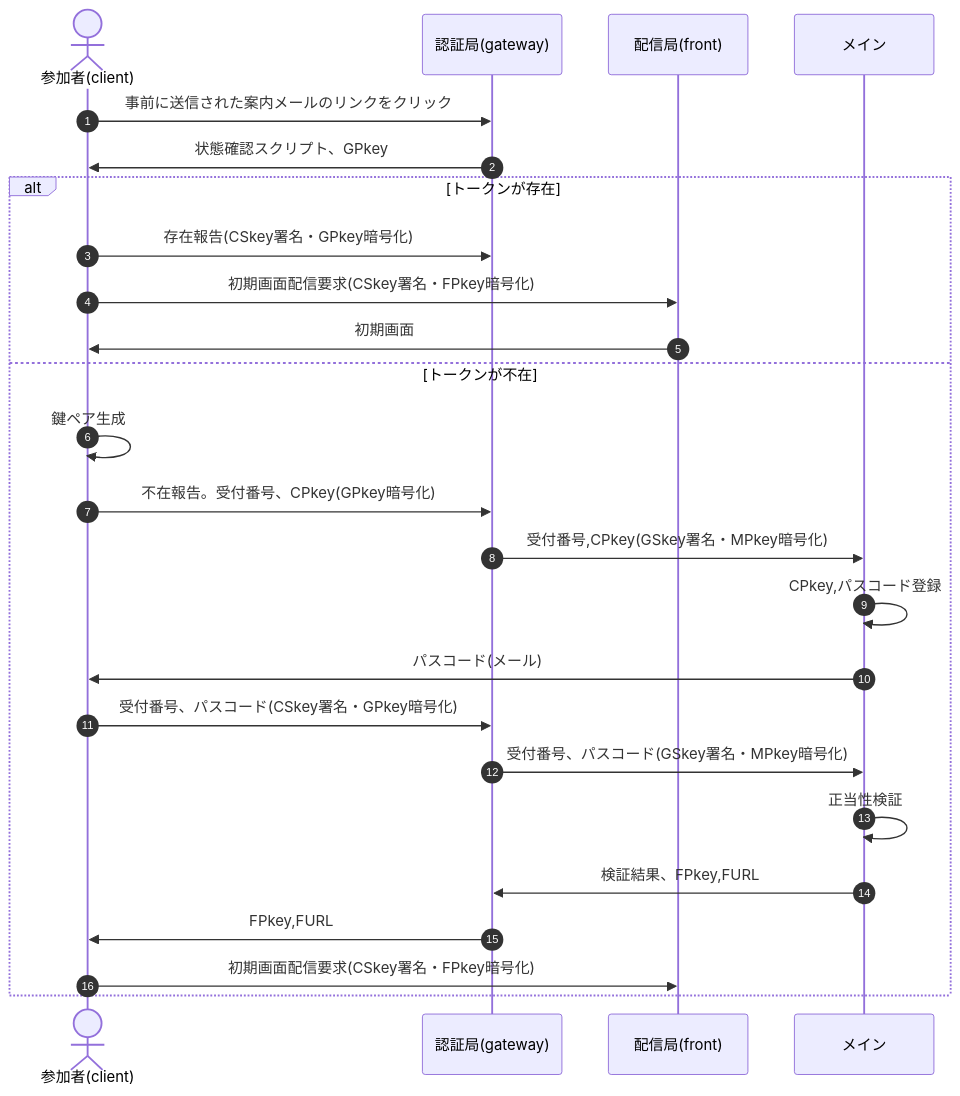
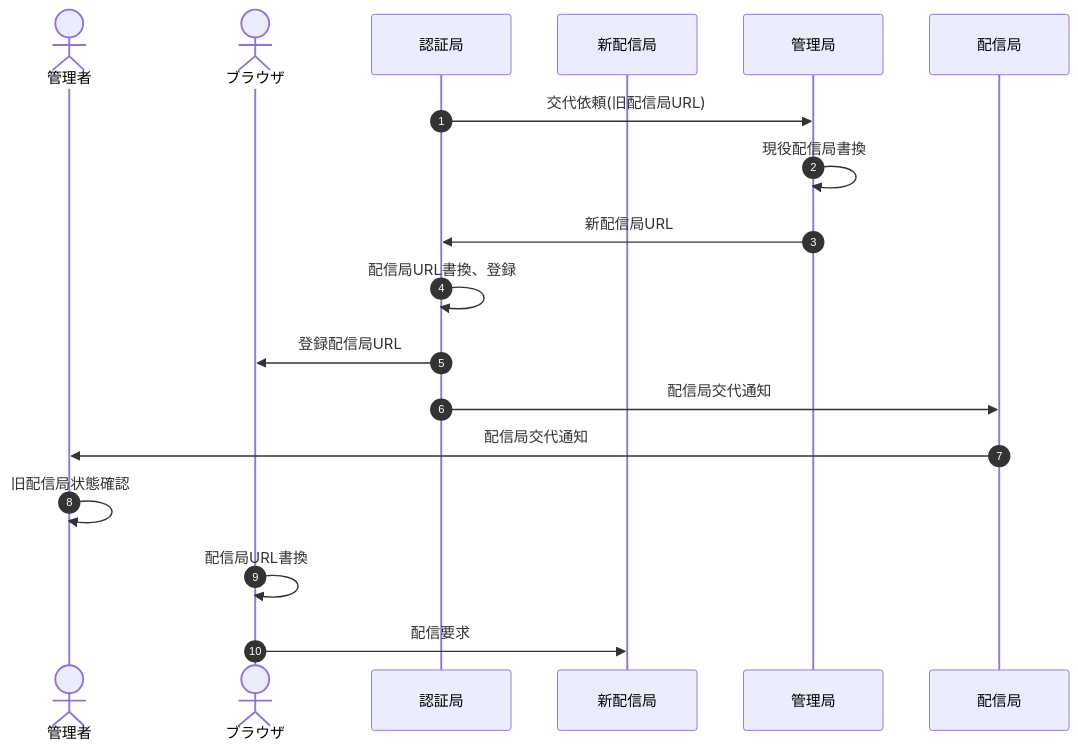
Before and after one commit to nakaone/library: the fourth of 4 diagrams in component/Auth.readme.md, drawn with Mermaid. The commit also changed other lines of this file and 9 other files, not shown here.

````diff
--- a/component/Auth.readme.md
+++ b/component/Auth.readme.md
@@ -113,28 +219,22 @@
 ```mermaid
 sequenceDiagram
   autonumber
-  actor client as 参加者(client)
-  participant gateway as 認証局(gateway)
-  participant front as 配信局(front)
-  participant main as メイン
+  actor admin as 管理者
+  actor browser as ブラウザ
+  participant gateway as 認証局
+  participant front2 as 新配信局
+  participant master as 管理局
+  participant front as 配信局
 
-  client ->> gateway : 事前に送信された案内メールのリンクをクリック
-  gateway ->> client : 状態確認スクリプト、GPkey
-  alt トークンが存在
-    client ->> gateway : 存在報告(CSkey署名・GPkey暗号化)
-    client ->> front : 初期画面配信要求(CSkey署名・FPkey暗号化)
-    front ->> client : 初期画面
-  else トークンが不在
-    client ->> client : 鍵ペア生成
-    client ->> gateway : 不在報告。受付番号、CPkey(GPkey暗号化)
-    gateway ->> main : 受付番号,CPkey(GSkey署名・MPkey暗号化)
-    main ->> main : CPkey,パスコード登録
-    main ->> client : パスコード(メール)
-    client ->> gateway : 受付番号、パスコード(CSkey署名・GPkey暗号化)
-    gateway ->> main : 受付番号、パスコード(GSkey署名・MPkey暗号化)
-    main ->> main : 正当性検証
-    main ->> gateway : 検証結果、FPkey,FURL
-    gateway ->> client : FPkey,FURL
-    client ->> front : 初期画面配信要求(CSkey署名・FPkey暗号化)
-  end
+  gateway ->> master : 交代依頼(旧配信局URL)
+  master ->> master : 現役配信局書換
+  master ->> gateway : 新配信局URL
+  gateway ->> gateway : 配信局URL書換、登録
+  gateway ->> browser : 登録配信局URL
+  gateway ->> front : 配信局交代通知
+  front ->> admin : 配信局交代通知
+  admin ->> admin : 旧配信局状態確認
+  browser ->> browser : 配信局URL書換
+  browser ->> front2 : 配信要求
+
 ```
````
